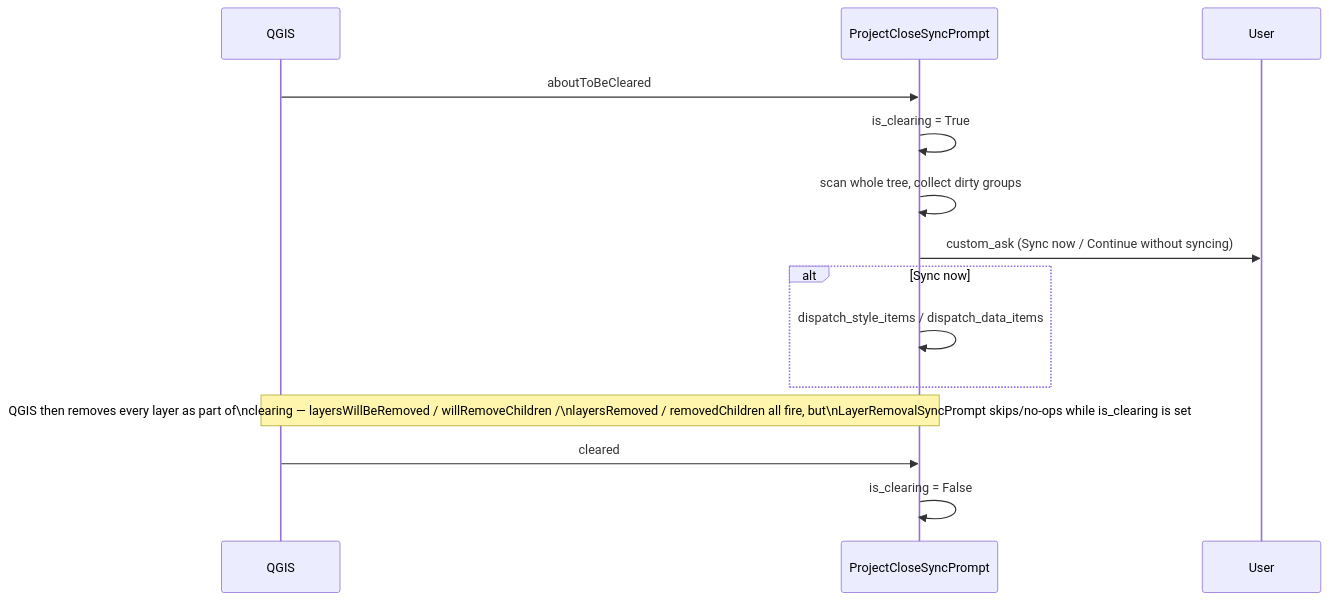
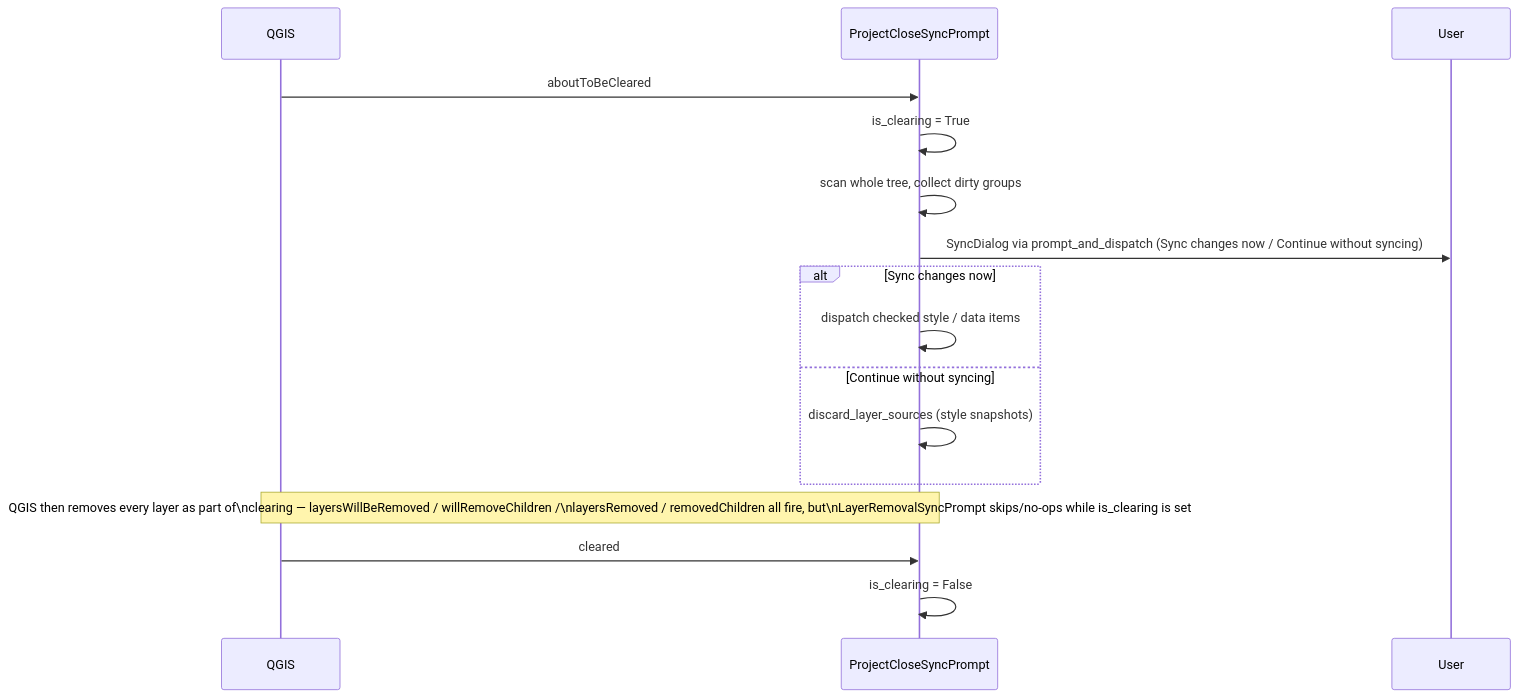
The fifth of 7 diagrams in doc/signals.md (nens/rana-qgis-plugin), drawn with Mermaid before and after one commit. The commit also changed other lines of this file and 16 other files, not shown here.

````diff
--- a/doc/signals.md
+++ b/doc/signals.md
@@ -123,17 +134,19 @@
 ```mermaid
 sequenceDiagram
     participant QGIS
     participant Prompt as ProjectCloseSyncPrompt
     participant User
 
     QGIS->>Prompt: aboutToBeCleared
     Prompt->>Prompt: is_clearing = True
     Prompt->>Prompt: scan whole tree, collect dirty groups
-    Prompt->>User: custom_ask (Sync now / Continue without syncing)
-    alt Sync now
-        Prompt->>Prompt: dispatch_style_items / dispatch_data_items
+    Prompt->>User: SyncDialog via prompt_and_dispatch (Sync changes now / Continue without syncing)
+    alt Sync changes now
+        Prompt->>Prompt: dispatch checked style / data items
+    else Continue without syncing
+        Prompt->>Prompt: discard_layer_sources (style snapshots)
     end
     Note over QGIS,Prompt: QGIS then removes every layer as part of\nclearing — layersWillBeRemoved / willRemoveChildren /\nlayersRemoved / removedChildren all fire, but\nLayerRemovalSyncPrompt skips/no-ops while is_clearing is set
     QGIS->>Prompt: cleared
     Prompt->>Prompt: is_clearing = False
 ```
````
